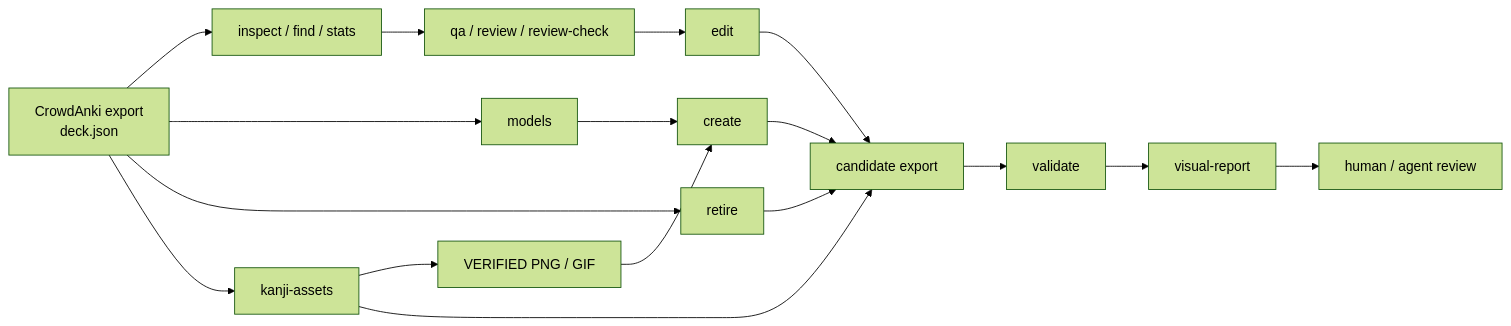
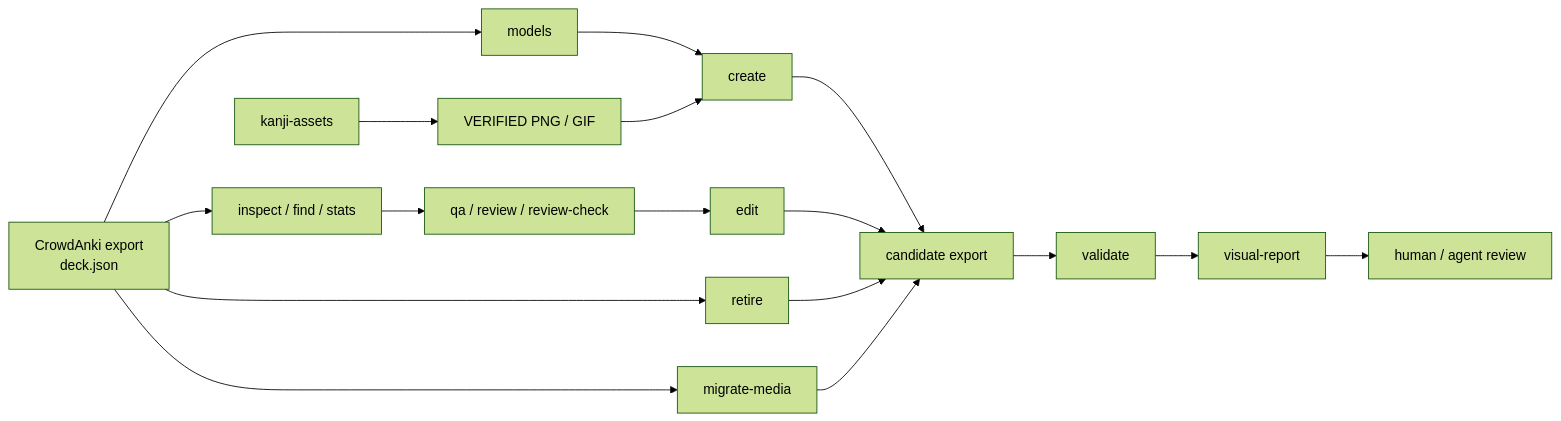
Before and after one commit to AliceLiddell01/Anki-decks: the diagram in README.md, drawn with Mermaid (forest theme). The commit also changed 8 other files, not shown here.

Commit message:
Защитить освобождение legacy-медиа в migrate-media

````diff
--- a/README.md
+++ b/README.md
@@ -46,22 +46,22 @@
 ```mermaid
 flowchart LR
     A["CrowdAnki export<br/>deck.json"] --> B["inspect / find / stats"]
     A --> C["models"]
     B --> D["qa / review / review-check"]
     C --> E["create"]
     D --> F["edit"]
     A --> G["retire"]
-    A --> H["migrate-media"]
+    A --> N["migrate-media"]
 
     H["kanji-assets"] --> I["VERIFIED PNG / GIF"]
     I --> E
 
     E --> J["candidate export"]
     F --> J
     G --> J
-    H --> J
+    N --> J
 
     J --> K["validate"]
     K --> L["visual-report"]
     L --> M["human / agent review"]
 ```
````
